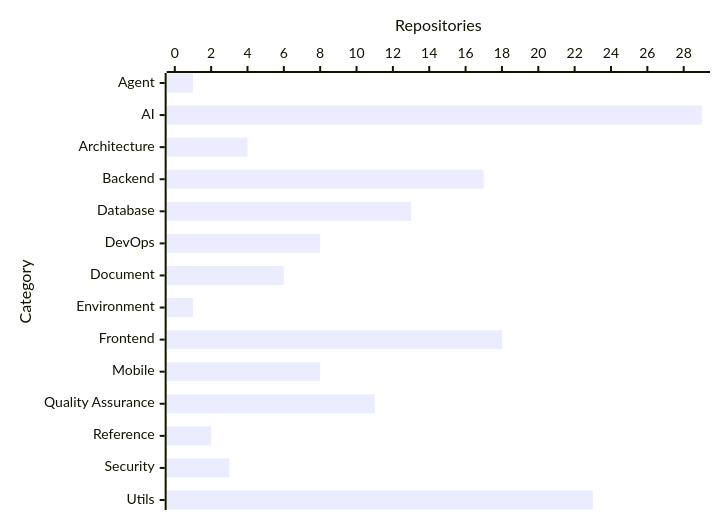
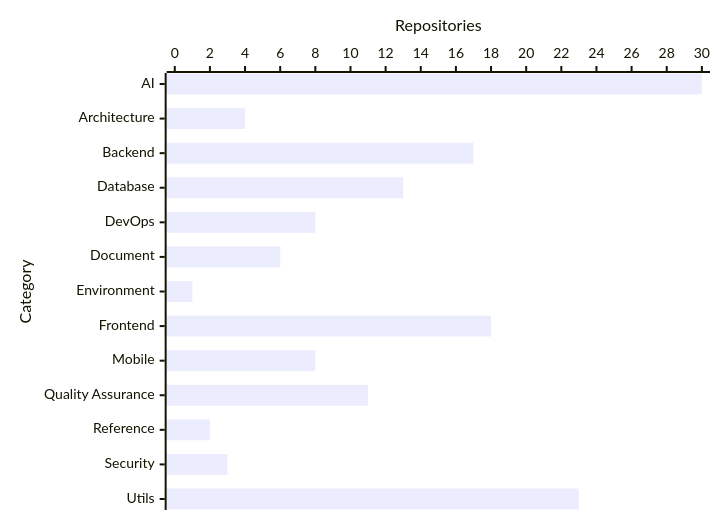
One commit to prawee/resource changed the diagram in README.md. Above: the diagram before and after it, drawn with Mermaid. The commit also changed other lines of this file, not shown here.

````diff
--- a/README.md
+++ b/README.md
@@ -11,6 +11,6 @@
 ```mermaid
 xychart-beta horizontal
-    x-axis "Category" ["Agent", "AI", "Architecture", "Backend", "Database", "DevOps", "Document", "Environment", "Frontend", "Mobile", "Quality Assurance", "Reference", "Security", "Utils"]
-    y-axis "Repositories" 0 --> 29
-    bar [1, 29, 4, 17, 13, 8, 6, 1, 18, 8, 11, 2, 3, 23]
+    x-axis "Category" ["AI", "Architecture", "Backend", "Database", "DevOps", "Document", "Environment", "Frontend", "Mobile", "Quality Assurance", "Reference", "Security", "Utils"]
+    y-axis "Repositories" 0 --> 30
+    bar [30, 4, 17, 13, 8, 6, 1, 18, 8, 11, 2, 3, 23]
 ```
````
